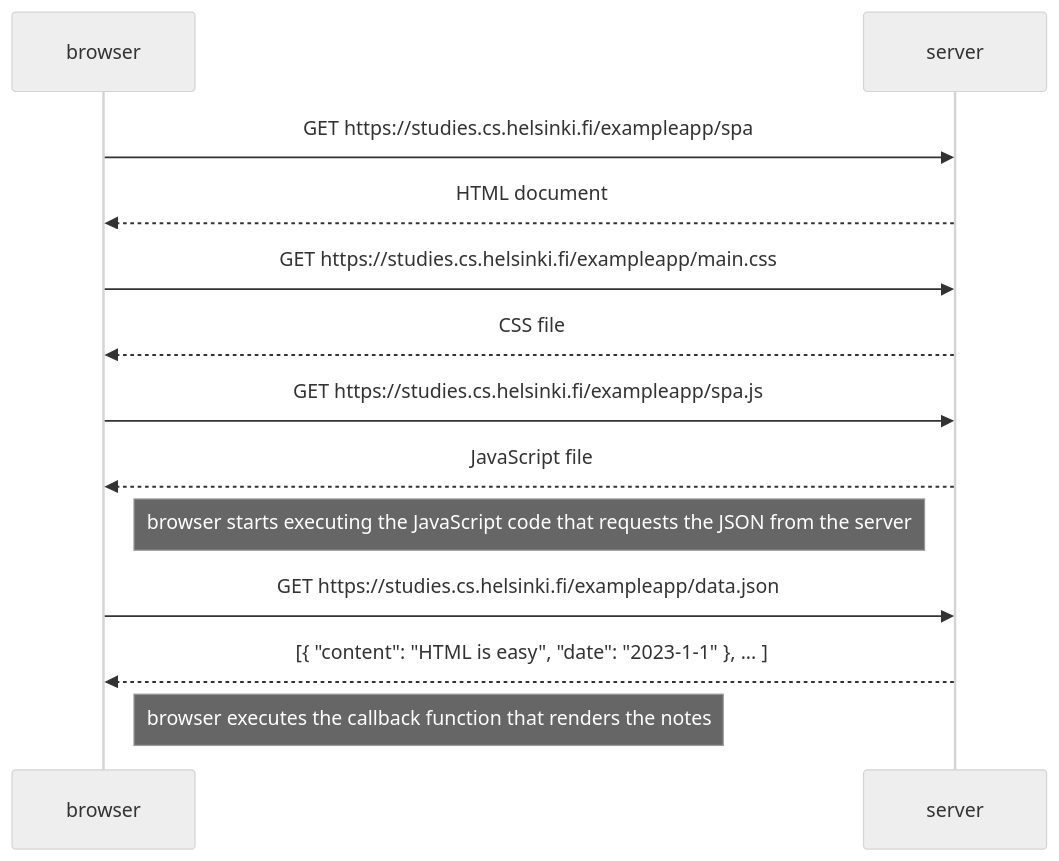
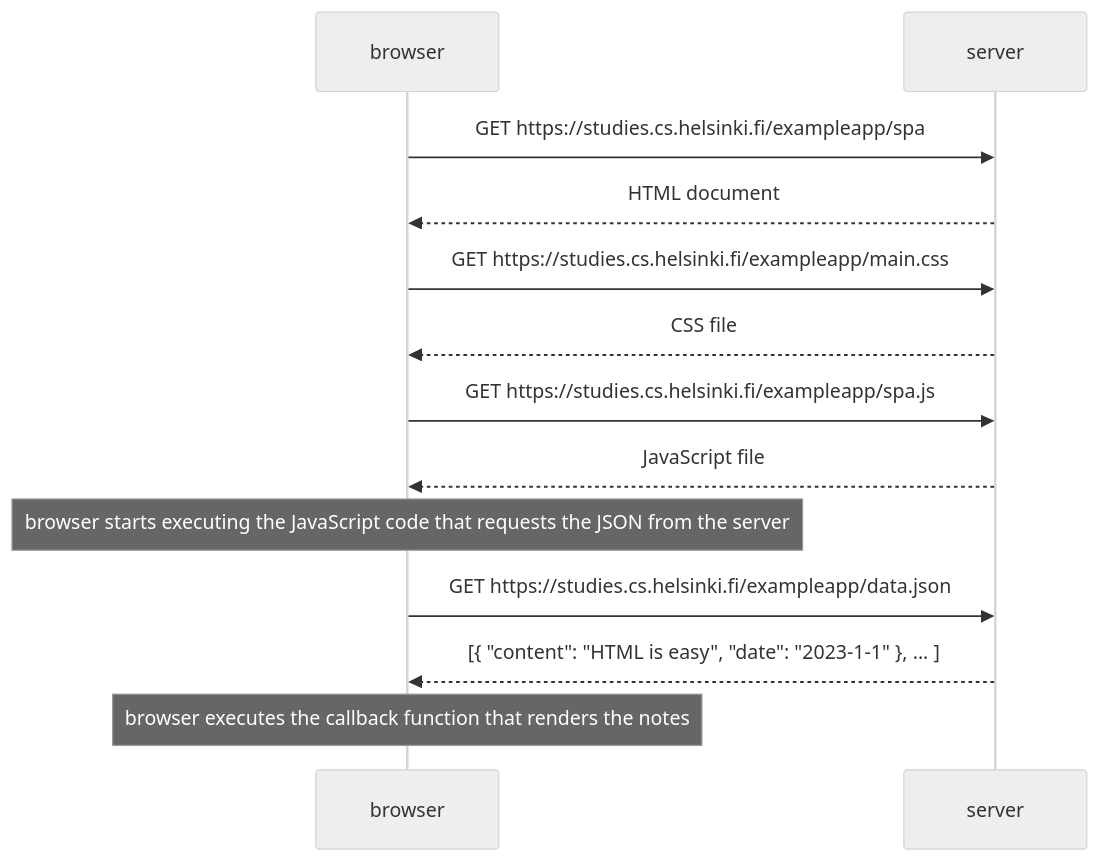
The diagram in part0/0.5-SPA-diagram.md (lolaaguero/fullStackOpenExercises), drawn with Mermaid (neutral theme) before and after one commit. The commit also changed 2 other files, not shown here.

Commit message:
notes fix

````diff
--- a/part0/0.5-SPA-diagram.md
+++ b/part0/0.5-SPA-diagram.md
@@ -1,17 +1,17 @@
 ```mermaid
 
 sequenceDiagram
     participant browser
     participant server
     browser->>server: GET https://studies.cs.helsinki.fi/exampleapp/spa
     server-->>browser: HTML document
     browser->>server: GET https://studies.cs.helsinki.fi/exampleapp/main.css
     server-->>browser: CSS file
     browser->>server: GET https://studies.cs.helsinki.fi/exampleapp/spa.js
     server-->>browser: JavaScript file
-    Note right of browser: browser starts executing the JavaScript code that requests the JSON from the server
+    Note over browser: browser starts executing the JavaScript code that requests the JSON from the server
     browser->>server: GET https://studies.cs.helsinki.fi/exampleapp/data.json
     server-->>browser: [{ "content": "HTML is easy", "date": "2023-1-1" }, ... ]
-    Note right of browser: browser executes the callback function that renders the notes
+    Note over browser: browser executes the callback function that renders the notes
 
 ```
````
